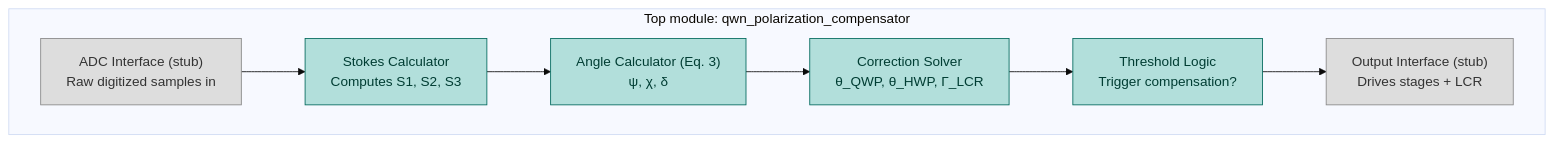
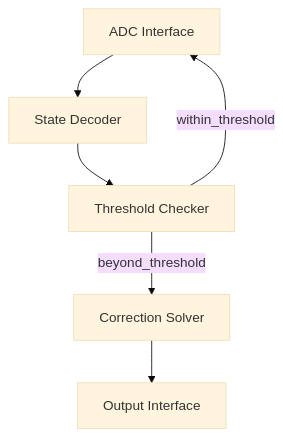
The diagram in README.md (you-weilu/qwn_polarization_compensator), drawn with Mermaid (base theme) before and after one commit. The commit also changed other lines of this file and 3 other files, not shown here.

````diff
--- a/README.md
+++ b/README.md
@@ -27,16 +27,8 @@
 ```mermaid
 flowchart TD
-    subgraph TOP["Top module: qwn_polarization_compensator"]
-        A["ADC Interface (stub)<br/>Raw digitized samples in"]
-        B["Stokes Calculator<br/>Computes S1, S2, S3"]
-        C["Angle Calculator (Eq. 3)<br/>ψ, χ, δ"]
-        D["Correction Solver<br/>θ_QWP, θ_HWP, Γ_LCR"]
-        E["Threshold Logic<br/>Trigger compensation?"]
-        F["Output Interface (stub)<br/>Drives stages + LCR"]
-        A --> B --> C --> D --> E --> F
-    end
-    classDef stub fill:#ddd,stroke:#888,color:#333;
-    classDef core fill:#b2dfdb,stroke:#00695c,color:#003d33;
-    class A,F stub;
-    class B,C,D,E core;
+    A["ADC Interface"] --> B["State Decoder"]
+    B --> C["Threshold Checker"]
+    C -->|beyond_threshold| D["Correction Solver"]
+    D --> E["Output Interface"]
+    C -->|within_threshold| A
 ```
````
